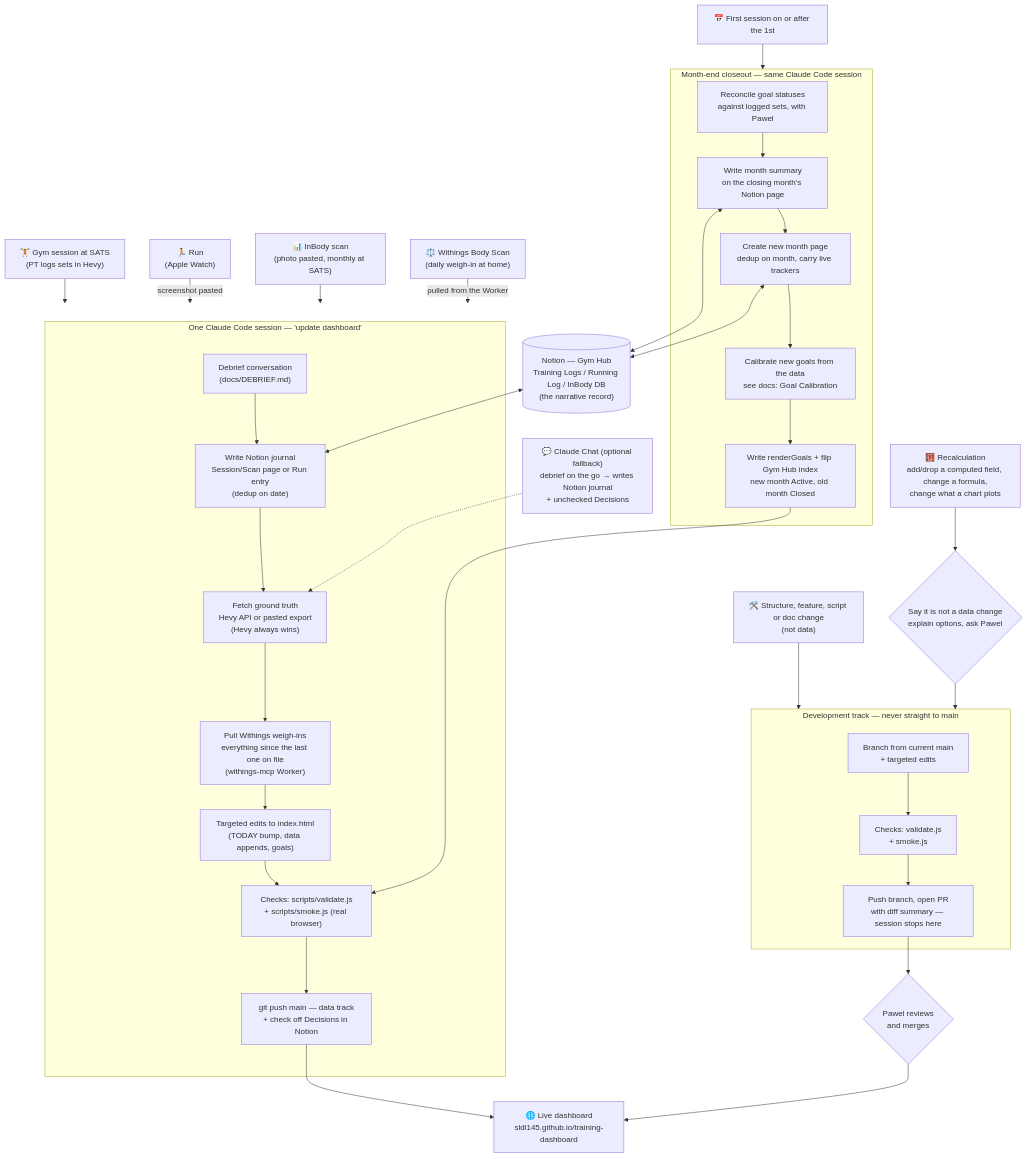
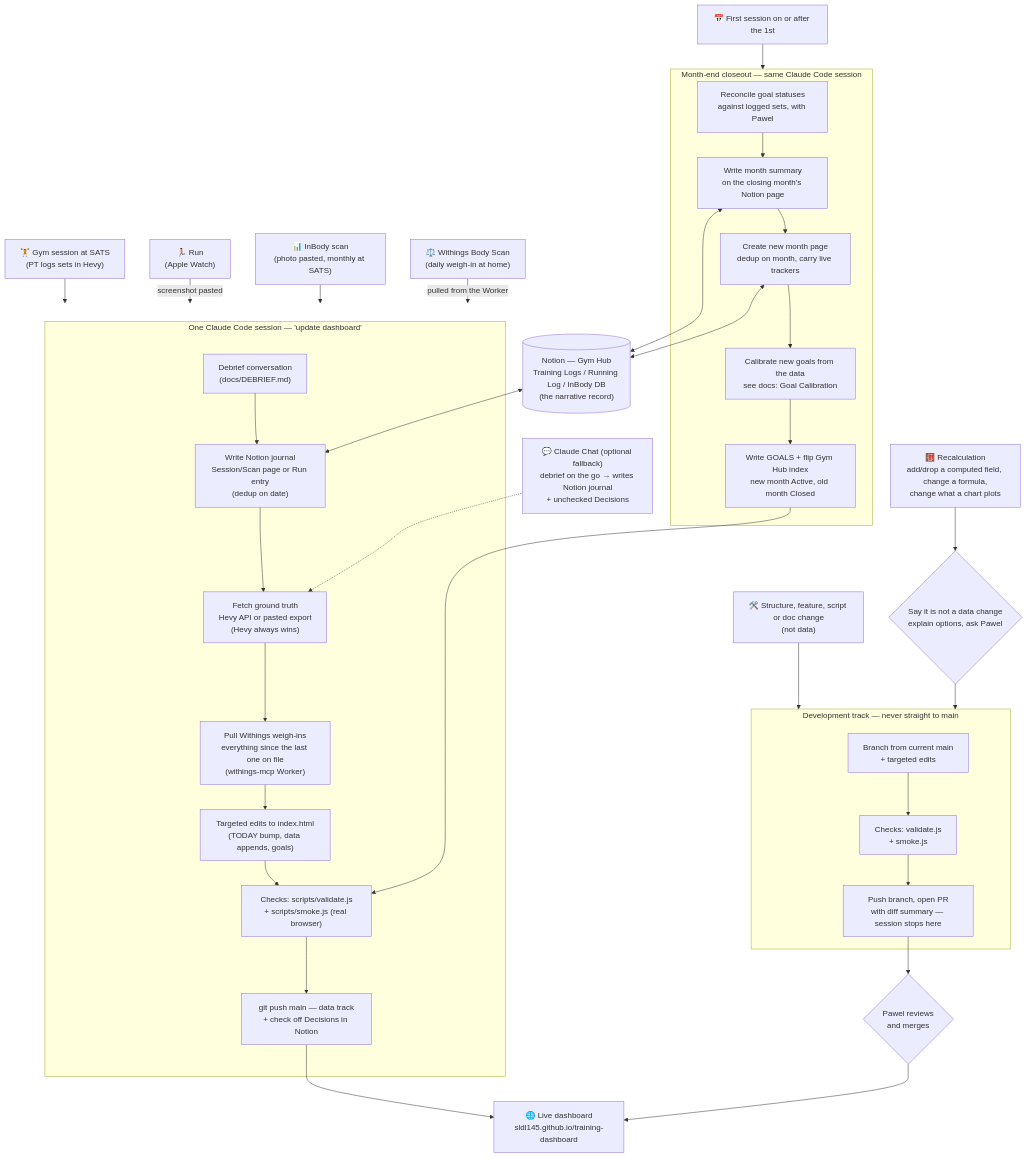
The diagram in README.md (sldl145/training-dashboard), drawn with Mermaid before and after one commit. The commit also changed 4 other files, not shown here.

````diff
--- a/README.md
+++ b/README.md
@@ -16,47 +16,47 @@
 ```mermaid
 flowchart TD
     GYM["🏋️ Gym session at SATS<br/>(PT logs sets in Hevy)"] --> SESSION
     RUN["🏃 Run<br/>(Apple Watch)"] -->|screenshot pasted| SESSION
     SCAN["📊 InBody scan<br/>(photo pasted, monthly at SATS)"] --> SESSION
     WEIGH["⚖️ Withings Body Scan<br/>(daily weigh-in at home)"] -->|pulled from the Worker| SESSION
 
     subgraph SESSION["One Claude Code session — 'update dashboard'"]
         D1["Debrief conversation<br/>(docs/DEBRIEF.md)"] --> D2["Write Notion journal<br/>Session/Scan page or Run entry<br/>(dedup on date)"]
         D2 --> D3["Fetch ground truth<br/>Hevy API or pasted export<br/>(Hevy always wins)"]
         D3 --> D3W["Pull Withings weigh-ins<br/>everything since the last one on file<br/>(withings-mcp Worker)"]
         D3W --> D4["Targeted edits to index.html<br/>(TODAY bump, data appends, goals)"]
         D4 --> D5["Checks: scripts/validate.js<br/>+ scripts/smoke.js (real browser)"]
         D5 --> D6["git push main — data track<br/>+ check off Decisions in Notion"]
     end
 
     CHAT["💬 Claude Chat (optional fallback)<br/>debrief on the go → writes Notion journal<br/>+ unchecked Decisions"] -.-> D3
 
     D6 --> LIVE["🌐 Live dashboard<br/>sldl145.github.io/training-dashboard"]
 
     DEV["🛠️ Structure, feature, script or doc change<br/>(not data)"] --> DEVTRACK
     RECALC["🧮 Recalculation<br/>add/drop a computed field, change a formula,<br/>change what a chart plots"] --> ASK{"Say it is not a data change<br/>explain options, ask Pawel"}
     ASK --> DEVTRACK
 
     subgraph DEVTRACK["Development track — never straight to main"]
         V1["Branch from current main<br/>+ targeted edits"] --> V2["Checks: validate.js<br/>+ smoke.js"]
         V2 --> V3["Push branch, open PR<br/>with diff summary — session stops here"]
     end
 
     V3 --> MERGE{"Pawel reviews<br/>and merges"}
     MERGE --> LIVE
 
     NOTION[("Notion — Gym Hub<br/>Training Logs / Running Log / InBody DB<br/>(the narrative record)")] <--> D2
 
     MONTH["📅 First session on or after the 1st"] --> CLOSE
 
     subgraph CLOSE["Month-end closeout — same Claude Code session"]
         C1["Reconcile goal statuses<br/>against logged sets, with Pawel"] --> C2["Write month summary<br/>on the closing month's Notion page"]
         C2 --> C3["Create new month page<br/>dedup on month, carry live trackers"]
         C3 --> C4["Calibrate new goals from the data<br/>see docs: Goal Calibration"]
-        C4 --> C5["Write renderGoals + flip Gym Hub index<br/>new month Active, old month Closed"]
+        C4 --> C5["Write GOALS + flip Gym Hub index<br/>new month Active, old month Closed"]
     end
 
     C5 --> D5
     C2 <--> NOTION
     C3 <--> NOTION
 ```
````
